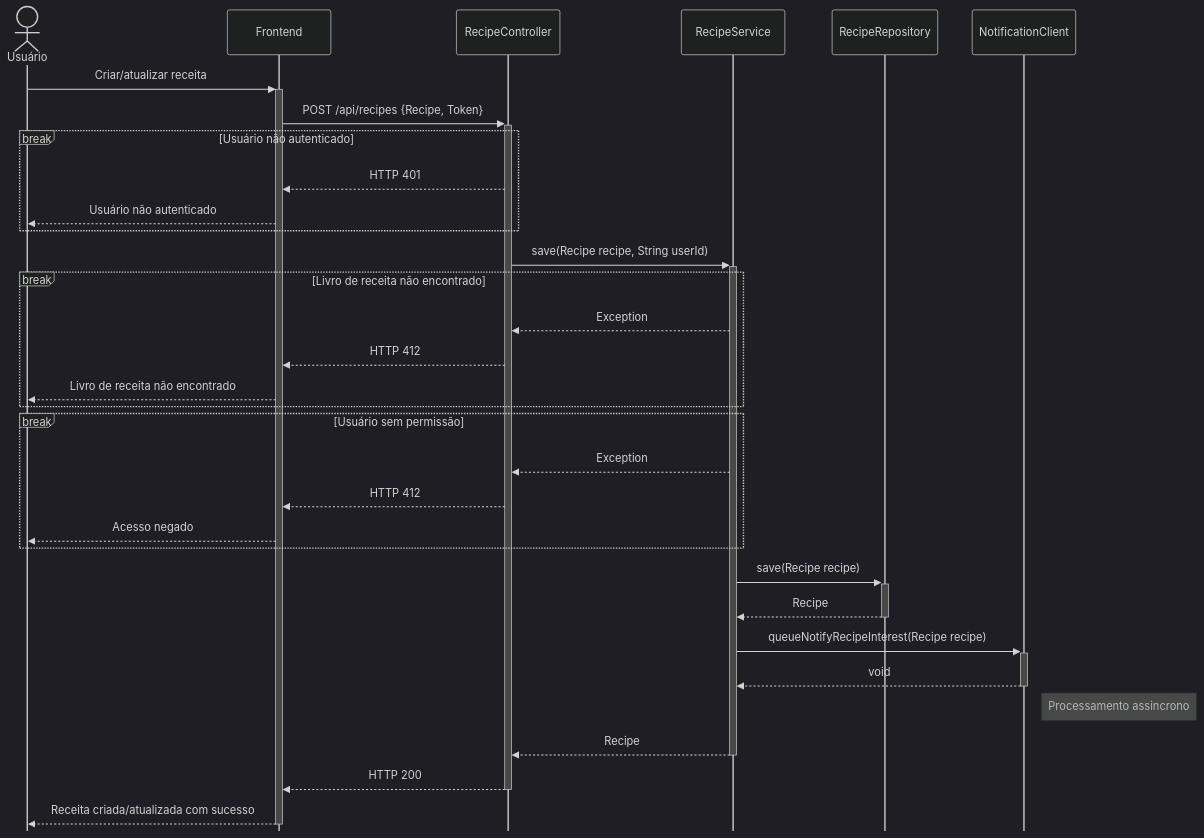
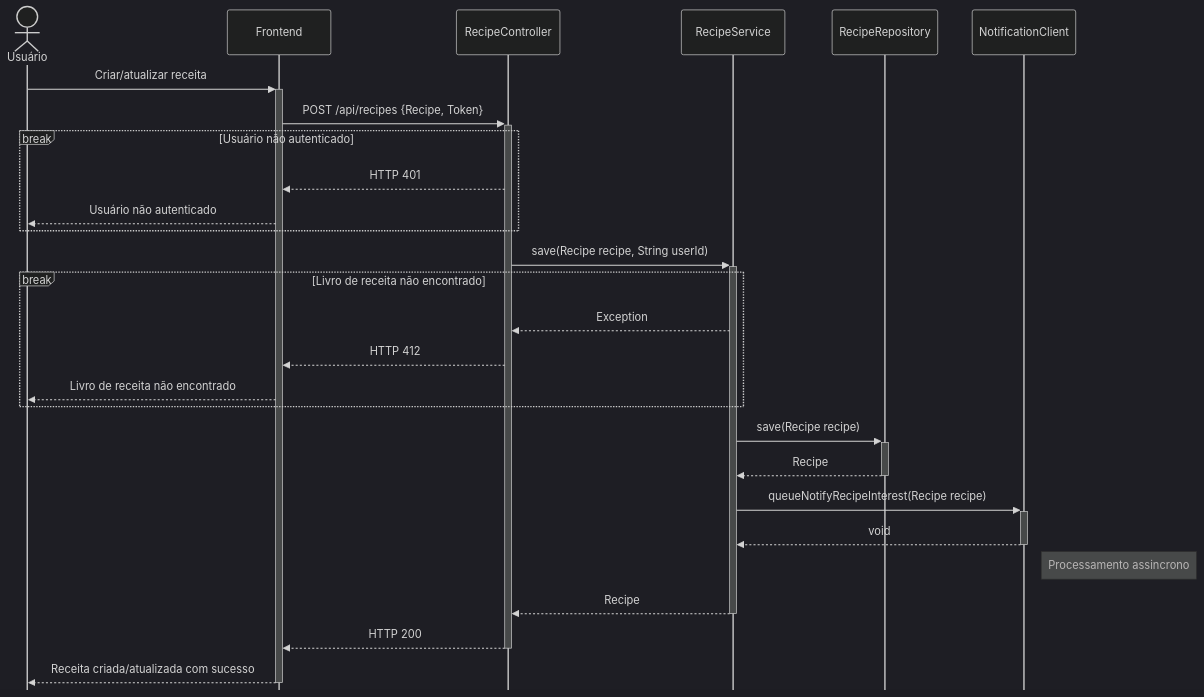
The diagram in docs/Diagramas de Sequência/13-1 Manter (criar-atualizar) receita-texto.mmd (feliquisds/cooker-api), drawn with Mermaid (dark theme) before and after one commit. The commit also changed 24 other files, not shown here.

```diff
--- a/docs/Diagramas de Sequência/13-1 Manter (criar-atualizar) receita-texto.mmd
+++ b/docs/Diagramas de Sequência/13-1 Manter (criar-atualizar) receita-texto.mmd
@@ -1,45 +1,39 @@
 ---
 config:
     mirrorActors: false
 ---
 
 sequenceDiagram
     actor U as Usuário
     participant F as Frontend
     participant C as RecipeController
     participant S as RecipeService
     participant R as RecipeRepository
     participant N as NotificationClient
 
     U->>+F: Criar/atualizar receita
     F->>+C: POST /api/recipes {Recipe, Token}
 
     break Usuário não autenticado
         C-->>F: HTTP 401
         F-->>U: Usuário não autenticado
     end
 
     C->>+S: save(Recipe recipe, String userId)
 
     break Livro de receita não encontrado
         S-->>C: Exception
         C-->>F: HTTP 412
         F-->>U: Livro de receita não encontrado
     end
 
-    break Usuário sem permissão
-        S-->>C: Exception
-        C-->>F: HTTP 412
-        F-->>U: Acesso negado
-    end
-
     S->>+R: save(Recipe recipe)
     R-->>-S: Recipe
 
     S->>+N: queueNotifyRecipeInterest(Recipe recipe)
     N-->>-S: void
     Note right of N: Processamento assincrono
 
     S-->>-C: Recipe
     C-->>-F: HTTP 200
     F-->>-U: Receita criada/atualizada com sucesso
```
